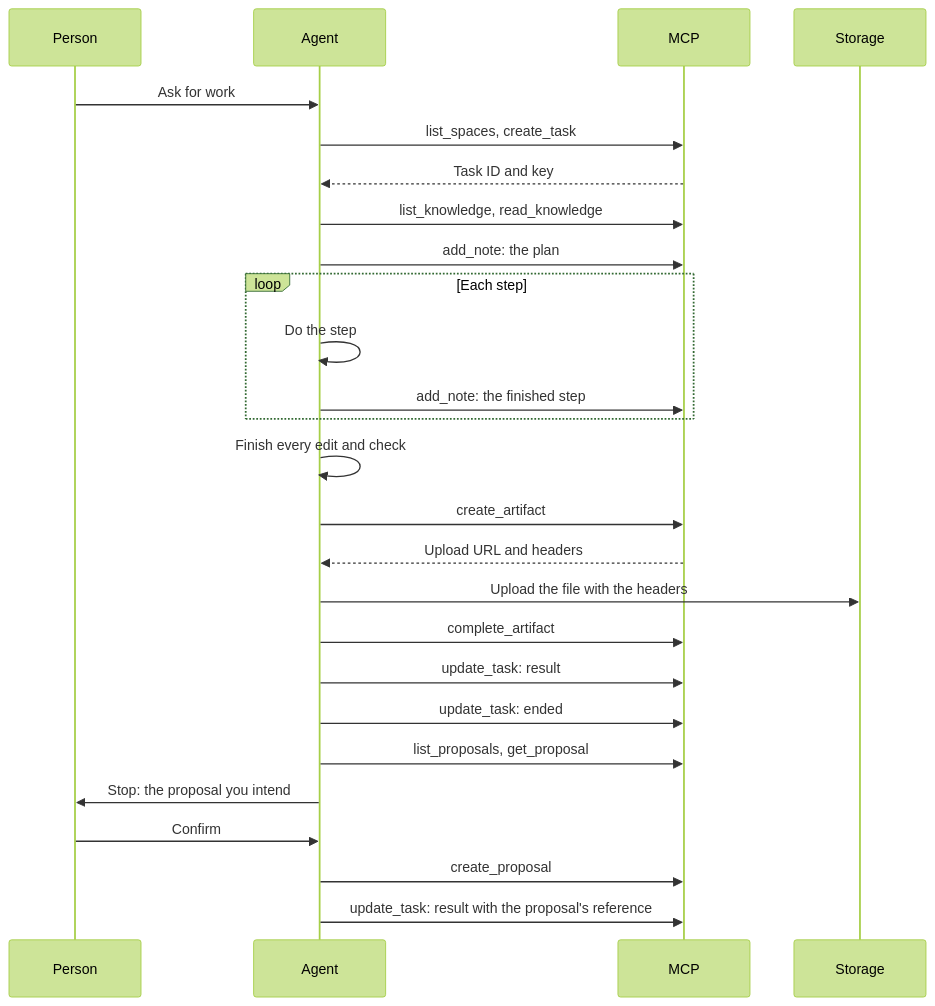
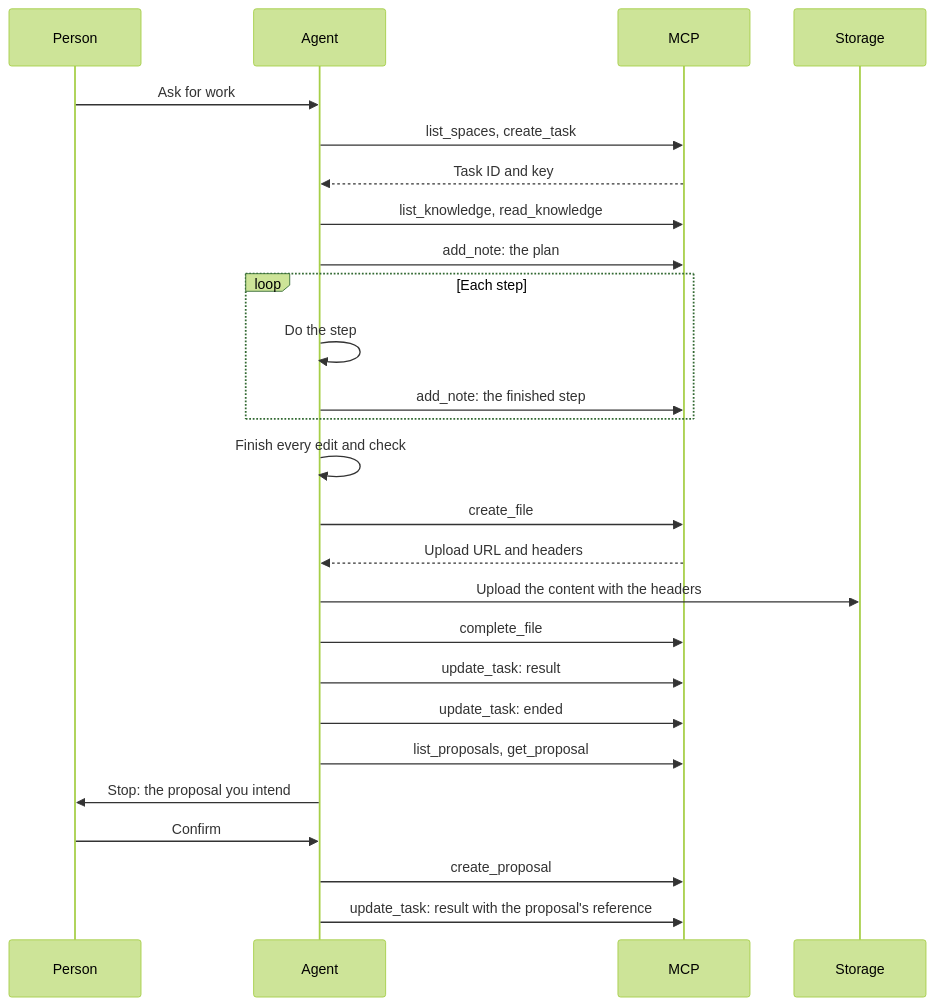
Before and after one commit to lorebayai/lorebay: the diagram in lib/docs/contracts/agent-rules.md, drawn with Mermaid (forest theme). The commit also changed other lines of this file and 88 other files, not shown here.

````diff
--- a/lib/docs/contracts/agent-rules.md
+++ b/lib/docs/contracts/agent-rules.md
@@ -70,24 +70,24 @@
 ```mermaid
 sequenceDiagram
     Person->>Agent: Ask for work
     Agent->>MCP: list_spaces, create_task
     MCP-->>Agent: Task ID and key
     Agent->>MCP: list_knowledge, read_knowledge
     Agent->>MCP: add_note: the plan
     loop Each step
         Agent->>Agent: Do the step
         Agent->>MCP: add_note: the finished step
     end
     Agent->>Agent: Finish every edit and check
-    Agent->>MCP: create_artifact
+    Agent->>MCP: create_file
     MCP-->>Agent: Upload URL and headers
-    Agent->>Storage: Upload the file with the headers
-    Agent->>MCP: complete_artifact
+    Agent->>Storage: Upload the content with the headers
+    Agent->>MCP: complete_file
     Agent->>MCP: update_task: result
     Agent->>MCP: update_task: ended
     Agent->>MCP: list_proposals, get_proposal
     Agent->>Person: Stop: the proposal you intend
     Person->>Agent: Confirm
     Agent->>MCP: create_proposal
     Agent->>MCP: update_task: result with the proposal's reference
 ```
````
